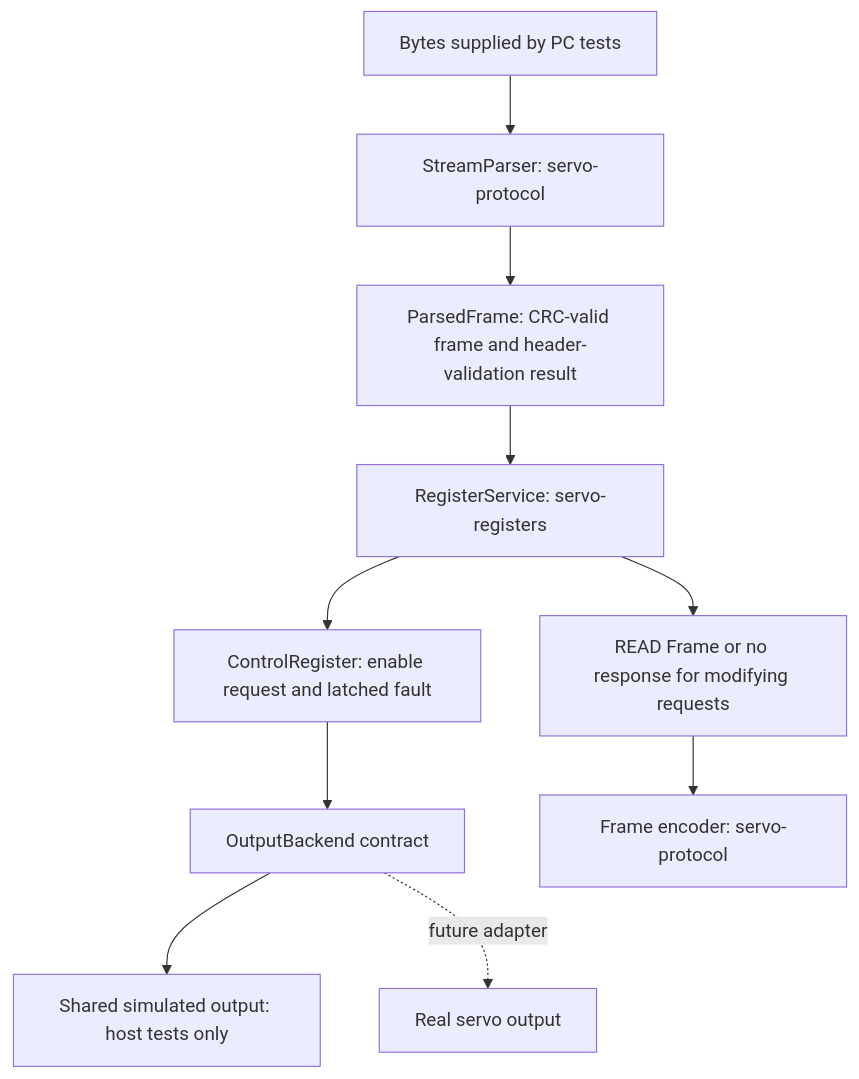
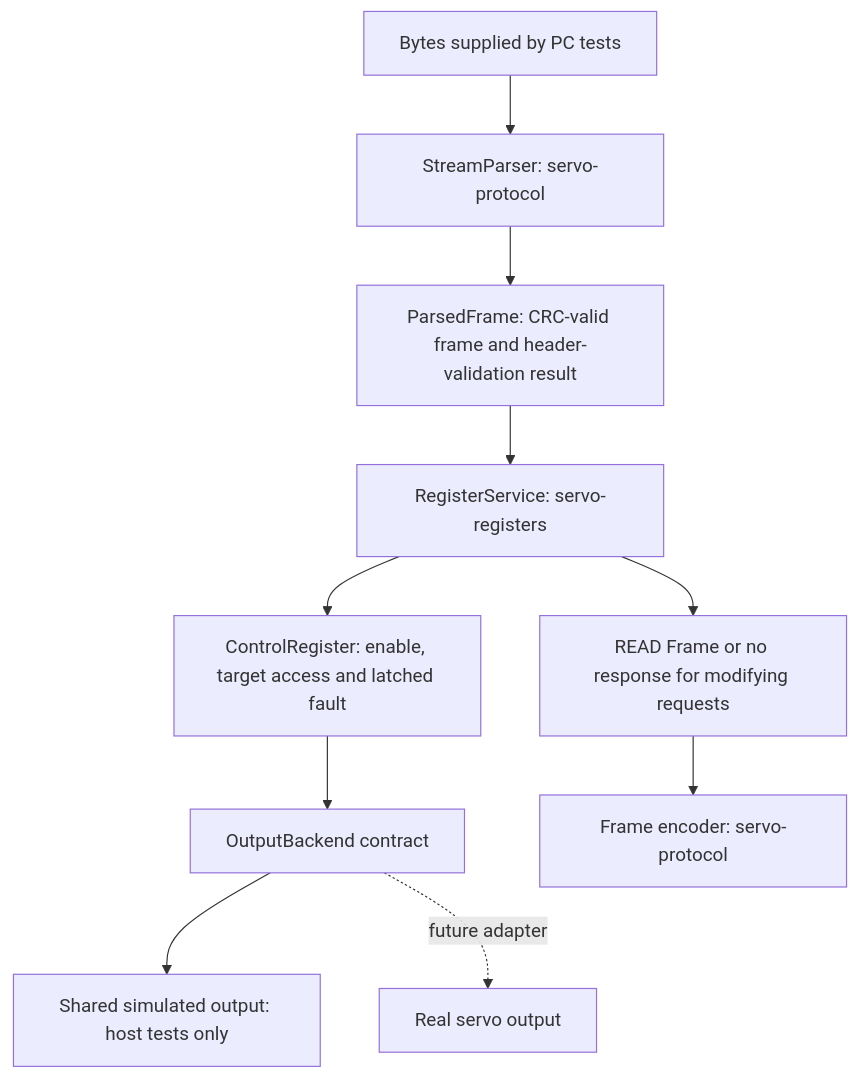
Before and after one commit to ebe542/hexaroam: the fourth of 4 diagrams in docs/architecture/software-layers.md, drawn with Mermaid. The commit also changed other lines of this file and 12 other files, not shown here.

Commit message:
Add target angle register access

````diff
--- a/docs/architecture/software-layers.md
+++ b/docs/architecture/software-layers.md
@@ -116,12 +116,12 @@
 ```mermaid
 flowchart TD
     Bytes["Bytes supplied by PC tests"] --> Parser["StreamParser: servo-protocol"]
     Parser --> Request["ParsedFrame: CRC-valid frame and header-validation result"]
     Request --> Service["RegisterService: servo-registers"]
-    Service --> Control["ControlRegister: enable request and latched fault"]
+    Service --> Control["ControlRegister: enable, target access and latched fault"]
     Control --> Backend["OutputBackend contract"]
     Backend --> Fake["Shared simulated output: host tests only"]
     Service --> Reply["READ Frame or no response for modifying requests"]
     Reply --> Codec["Frame encoder: servo-protocol"]
     Backend -.->|"future adapter"| Hardware["Real servo output"]
 ```
````
